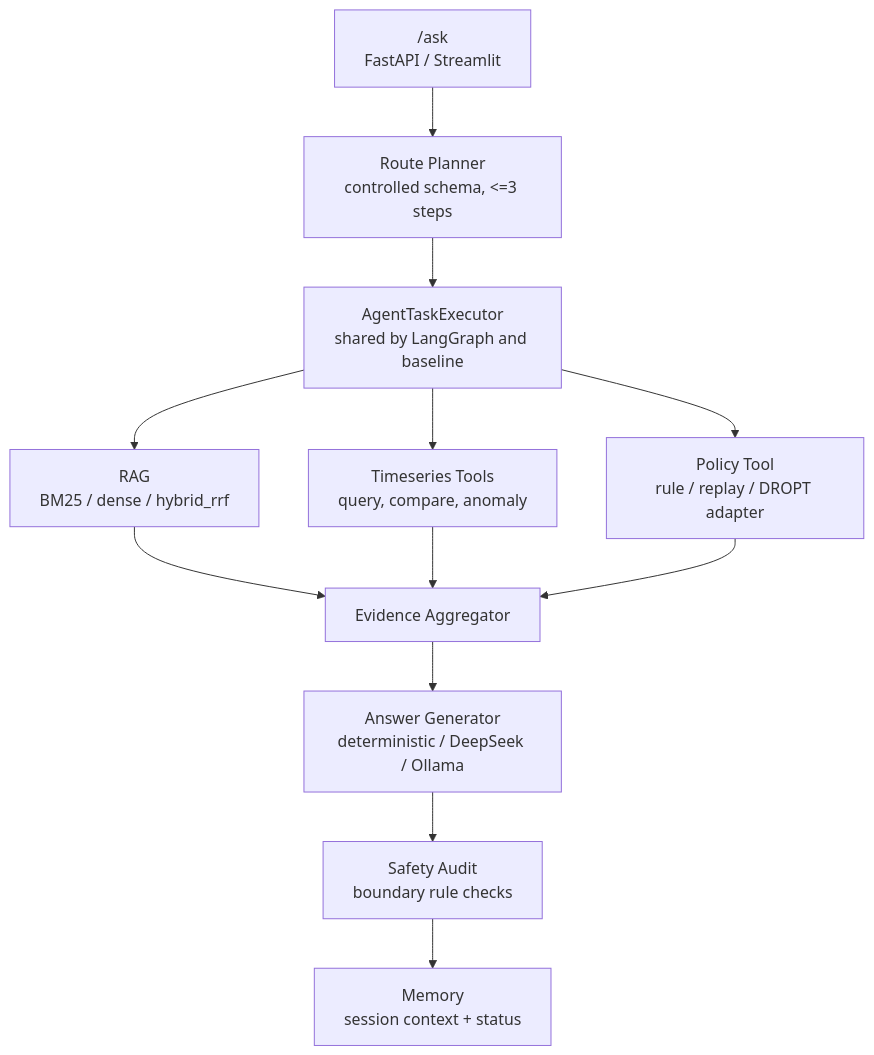
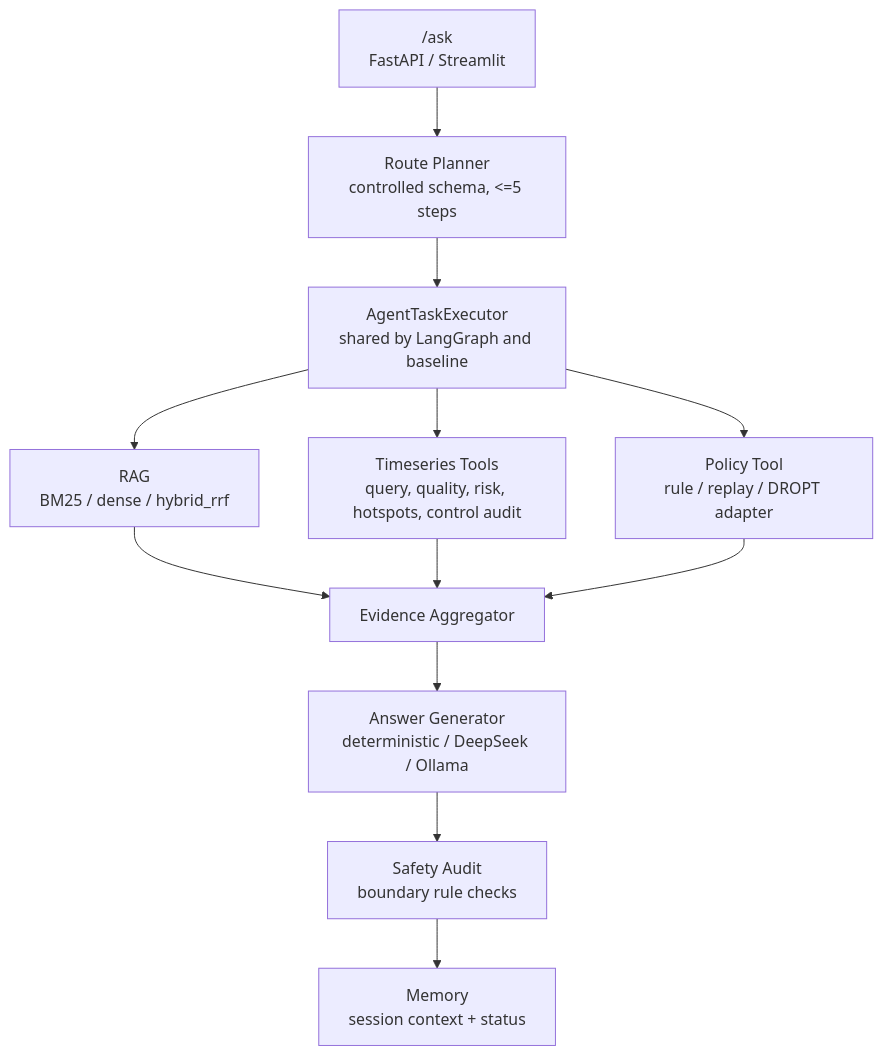
One commit to zwzwzwzwz123/DataCenter-HVAC-Copilot changed the first of 2 diagrams in README.md. Above: the diagram before and after it, drawn with Mermaid. The commit also changed other lines of this file and 127 other files, not shown here.

````diff
--- a/README.md
+++ b/README.md
@@ -8,14 +8,14 @@
 ```mermaid
 flowchart TD
-    A["/ask<br/>FastAPI / Streamlit"] --> B["Route Planner<br/>controlled schema, <=3 steps"]
+    A["/ask<br/>FastAPI / Streamlit"] --> B["Route Planner<br/>controlled schema, <=5 steps"]
     B --> C["AgentTaskExecutor<br/>shared by LangGraph and baseline"]
     C --> D["RAG<br/>BM25 / dense / hybrid_rrf"]
-    C --> E["Timeseries Tools<br/>query, compare, anomaly"]
+    C --> E["Timeseries Tools<br/>query, quality, risk, hotspots, control audit"]
     C --> F["Policy Tool<br/>rule / replay / DROPT adapter"]
     D --> G["Evidence Aggregator"]
     E --> G
     F --> G
     G --> H["Answer Generator<br/>deterministic / DeepSeek / Ollama"]
     H --> I["Safety Audit<br/>boundary rule checks"]
     I --> J["Memory<br/>session context + status"]
 ```
````
